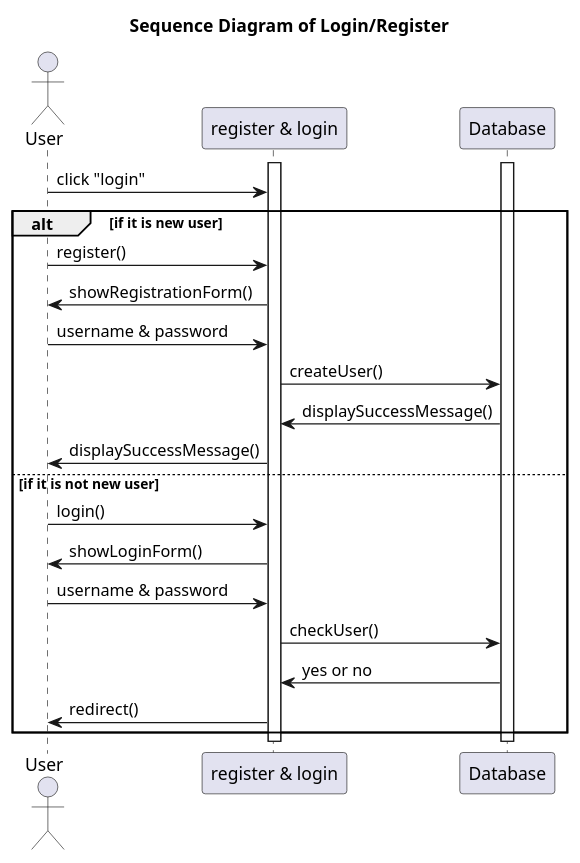
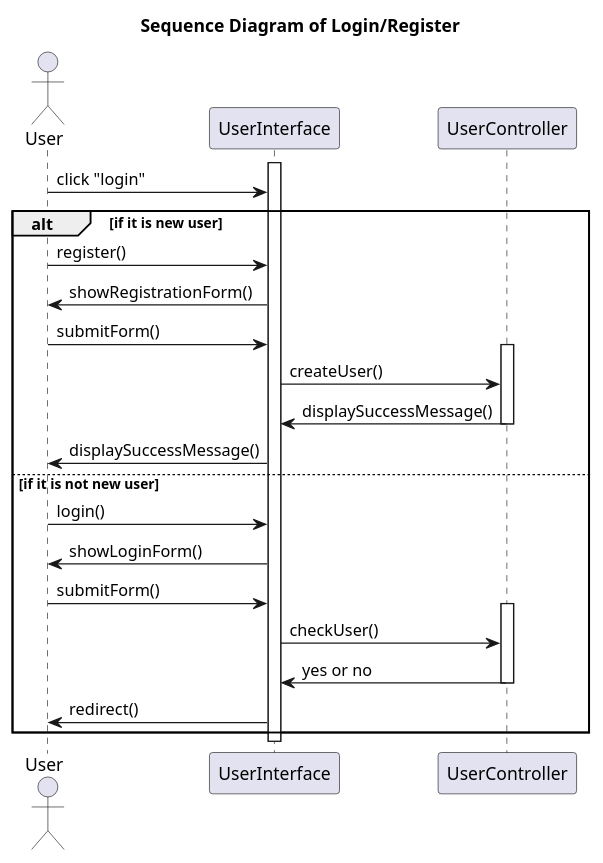
Before and after one commit to Vizards8/Hey_Badminton: the diagram in Sequence Diagram/register&login.puml, drawn with PlantUML. The commit also changed 5 other files, not shown here.

```diff
--- a/Sequence Diagram/register&login.puml
+++ b/Sequence Diagram/register&login.puml
@@ -1,35 +1,37 @@
 @startuml
 title Sequence Diagram of Login/Register
 
 actor User
-participant "register & login" as System
-participant Database
+participant "UserInterface" as System
 
-activate Database
 activate System
 
 User -> System: click "login"
 
 alt if it is new user
     User -> System: register()
     System -> User: showRegistrationForm()
-    User -> System: username & password
+    User -> System: submitForm()
 
-    System -> Database: createUser()
-    Database -> System: displaySuccessMessage()
+    activate UserController
+    System -> UserController: createUser()
+    UserController -> System: displaySuccessMessage()
+    deactivate UserController
+
     System -> User: displaySuccessMessage()
 else if it is not new user
     User -> System: login()
     System -> User: showLoginForm()
-    User -> System: username & password
+    User -> System: submitForm()
 
-    System -> Database: checkUser()
-    Database -> System: yes or no
+    activate UserController
+    System -> UserController: checkUser()
+    UserController -> System: yes or no
+    deactivate UserController
 
     System -> User: redirect()
 end
 
-deactivate Database
 deactivate System
 
 @enduml
```
